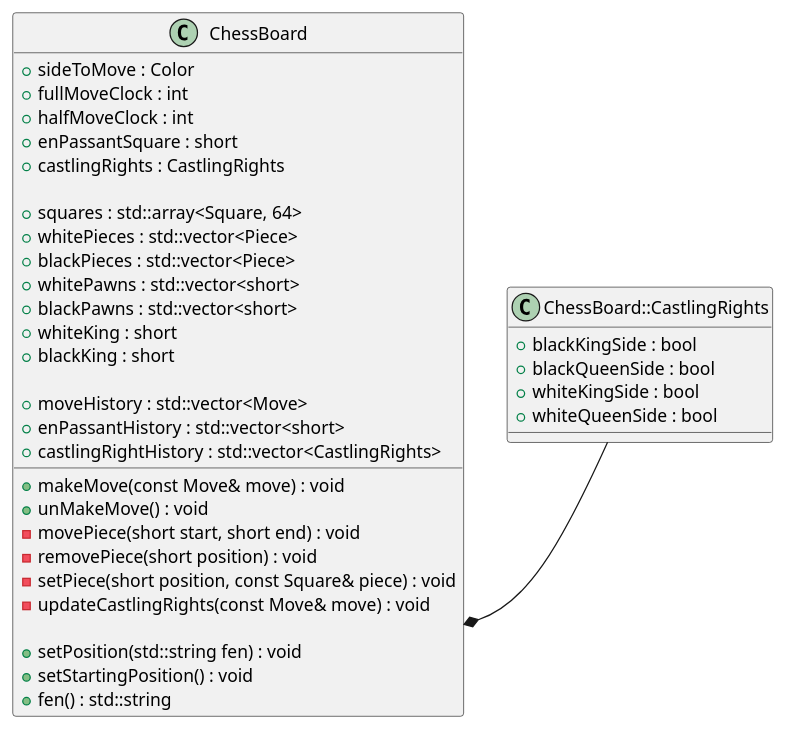
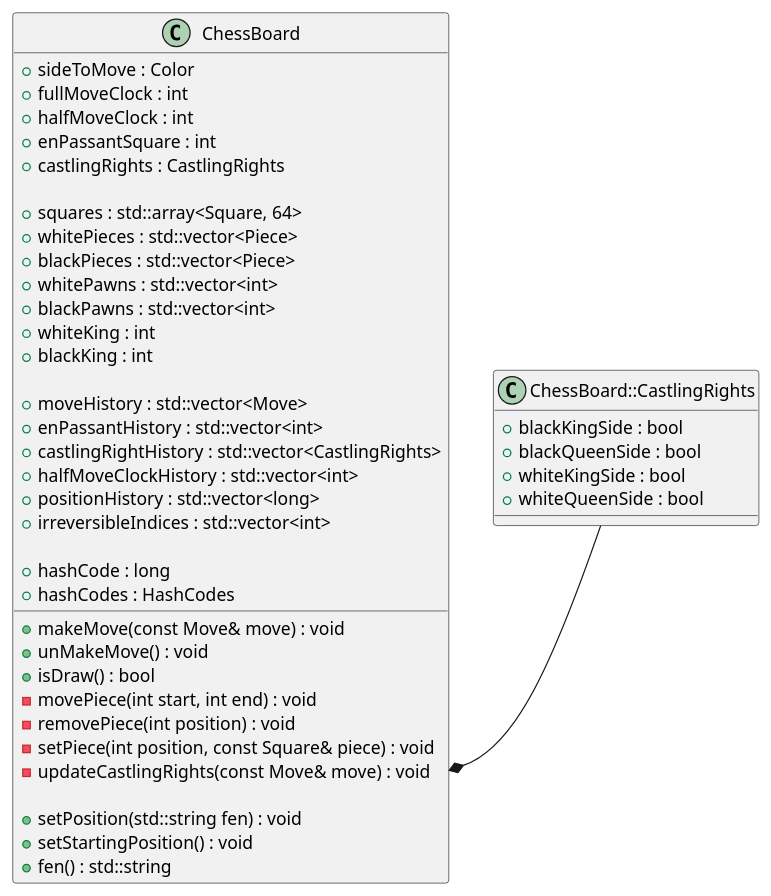
Before and after one commit to Exclusivefrog28/chessengine: the diagram in uml/chessboard.puml, drawn with PlantUML. The commit also changed 5 other files, not shown here.

Commit message:
UML corrections

```diff
--- a/uml/chessboard.puml
+++ b/uml/chessboard.puml
@@ -1,50 +1,57 @@
 @startuml
 
 skinparam backgroundcolor transparent
 
 /' Objects '/
 
 class ChessBoard {
 	+sideToMove : Color
 	+fullMoveClock : int
 	+halfMoveClock : int
-	+enPassantSquare : short
+	+enPassantSquare : int
 	+castlingRights : CastlingRights
 
     +squares : std::array<Square, 64>
 	+whitePieces : std::vector<Piece>
 	+blackPieces : std::vector<Piece>
-	+whitePawns : std::vector<short>
-	+blackPawns : std::vector<short>
-	+whiteKing : short
-	+blackKing : short
+	+whitePawns : std::vector<int>
+	+blackPawns : std::vector<int>
+	+whiteKing : int
+	+blackKing : int
 
 	+moveHistory : std::vector<Move>
-	+enPassantHistory : std::vector<short>
+	+enPassantHistory : std::vector<int>
     +castlingRightHistory : std::vector<CastlingRights>
+    +halfMoveClockHistory : std::vector<int>
+    +positionHistory : std::vector<long>
+    +irreversibleIndices : std::vector<int>
+
+    +hashCode : long
+    +hashCodes : HashCodes
 
 	+makeMove(const Move& move) : void
 	+unMakeMove() : void
-	-movePiece(short start, short end) : void
-	-removePiece(short position) : void
-	-setPiece(short position, const Square& piece) : void
+	+isDraw() : bool
+	-movePiece(int start, int end) : void
+	-removePiece(int position) : void
+	-setPiece(int position, const Square& piece) : void
 	-updateCastlingRights(const Move& move) : void
 
 	+setPosition(std::string fen) : void
 	+setStartingPosition() : void
 	+fen() : std::string
 
 }
 
 
 class ChessBoard::CastlingRights {
 	+blackKingSide : bool
 	+blackQueenSide : bool
 	+whiteKingSide : bool
 	+whiteQueenSide : bool
 }
 
 ChessBoard *-- ChessBoard::CastlingRights
 ChessBoard -[hidden]> ChessBoard::CastlingRights
 
 @enduml
```
